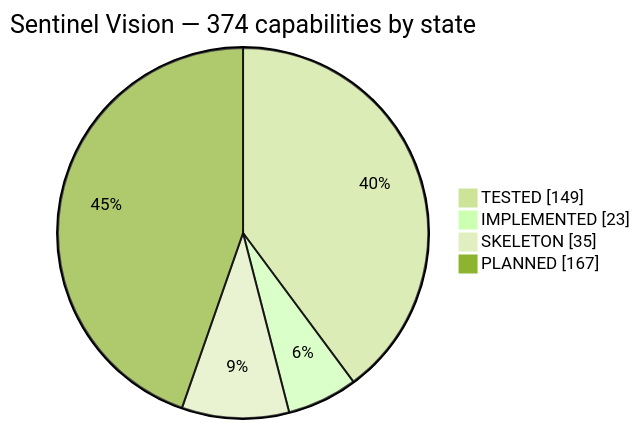
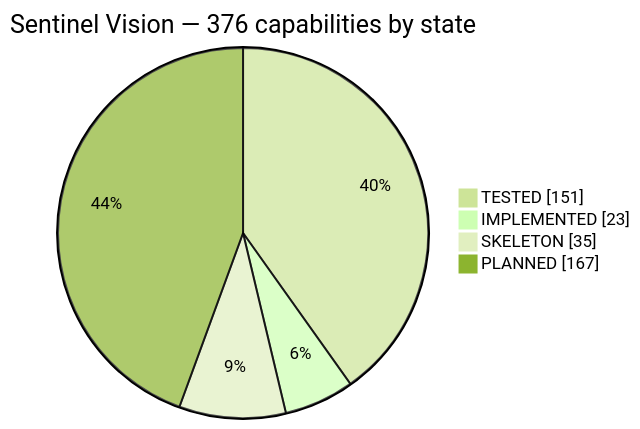
The first of 3 diagrams in FEATURES.md (haidar-farhat/V.I.G.I.L._Vision_Intelligence_and_Geospatial_ncident_Layer), drawn with Mermaid (forest theme) before and after one commit. The commit also changed other lines of this file and 10 other files, not shown here.

````diff
--- a/FEATURES.md
+++ b/FEATURES.md
@@ -46,8 +46,8 @@
 ```mermaid
 pie showData
-    title Sentinel Vision — 374 capabilities by state
-    "TESTED" : 149
+    title Sentinel Vision — 376 capabilities by state
+    "TESTED" : 151
     "IMPLEMENTED" : 23
     "SKELETON" : 35
     "PLANNED" : 167
 ```
````
